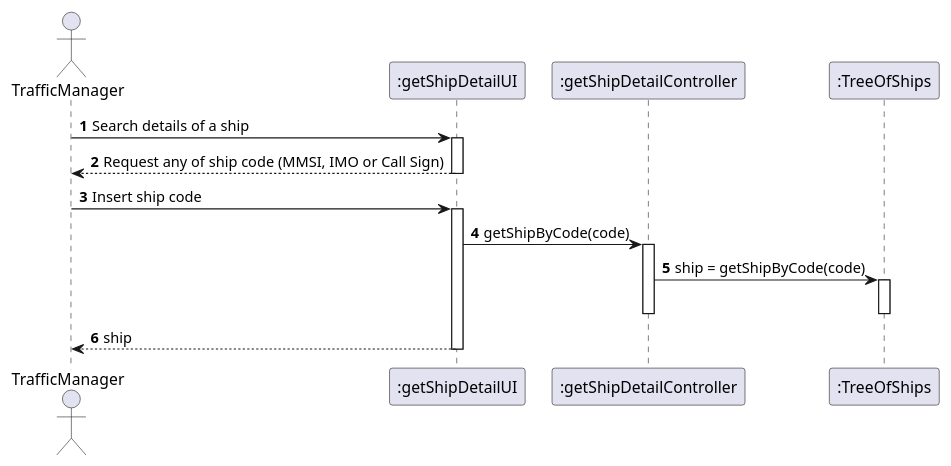
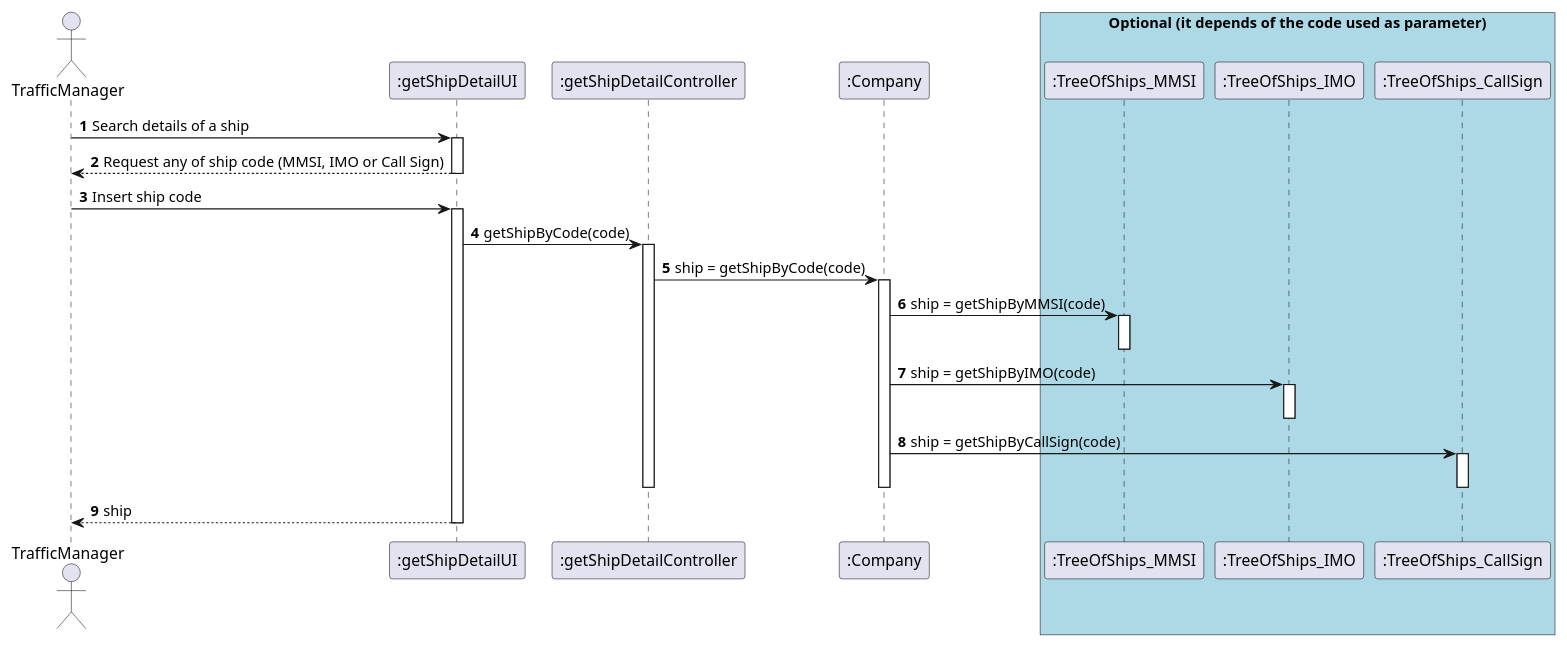
One commit to LourencoMelo/ISEP-LAPR3-ESINF changed the diagram in Docs/Sprint1/US102/SD.puml. Above: the diagram before and after it, drawn with PlantUML. The commit also changed 9 other files, not shown here.

```diff
--- a/Docs/Sprint1/US102/SD.puml
+++ b/Docs/Sprint1/US102/SD.puml
@@ -1,30 +1,50 @@
 @startuml
 
 autonumber
 
-actor       TrafficManager             as TM
+actor       TrafficManager                as TM
 participant    ":getShipDetailUI"         as UI
 participant    ":getShipDetailController" as CTRL
-participant    ":TreeOfShips"              as tOS
+participant    ":Company"                 as company
+box "Optional (it depends of the code used as parameter)" #LightBlue
+participant    ":TreeOfShips_MMSI"        as mmsi
+participant    ":TreeOfShips_IMO"         as imo
+participant    ":TreeOfShips_CallSign"    as callSign
+end box
 
 TM -> UI : Search details of a ship
 activate UI
 UI --> TM: Request any of ship code (MMSI, IMO or Call Sign)
 deactivate UI
 
 TM -> UI : Insert ship code
 activate UI
 
     UI -> CTRL : getShipByCode(code)
     activate CTRL
-    CTRL -> tOS : ship = getShipByCode(code)
-    activate tOS
+    CTRL -> company : ship = getShipByCode(code)
+    activate company
 
-    deactivate tOS
+
+
+    company -> mmsi : ship = getShipByMMSI(code)
+    activate mmsi
+    deactivate mmsi
+
+    company -> imo : ship = getShipByIMO(code)
+    activate imo
+    deactivate imo
+
+    company -> callSign : ship = getShipByCallSign(code)
+    activate callSign
+    deactivate callSign
+
+
+    deactivate company
 
     deactivate CTRL
 
 UI --> TM : ship
 deactivate UI
 
 @enduml
```
